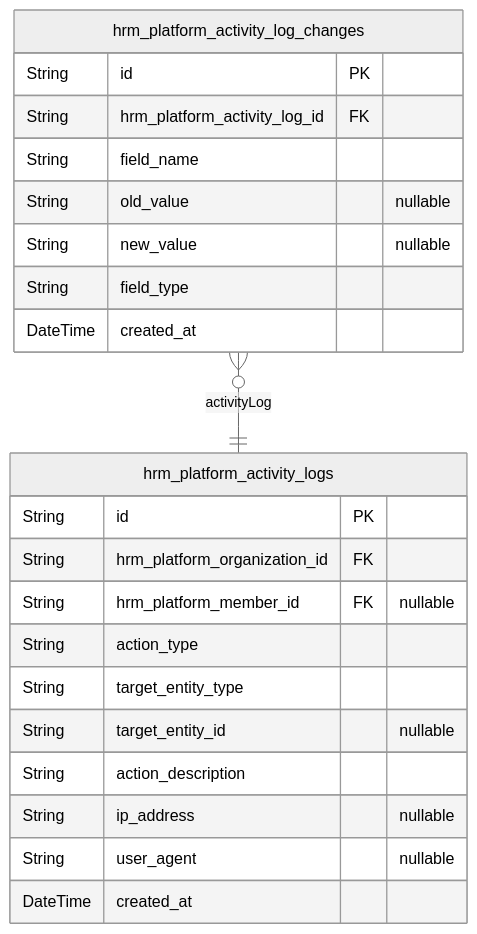
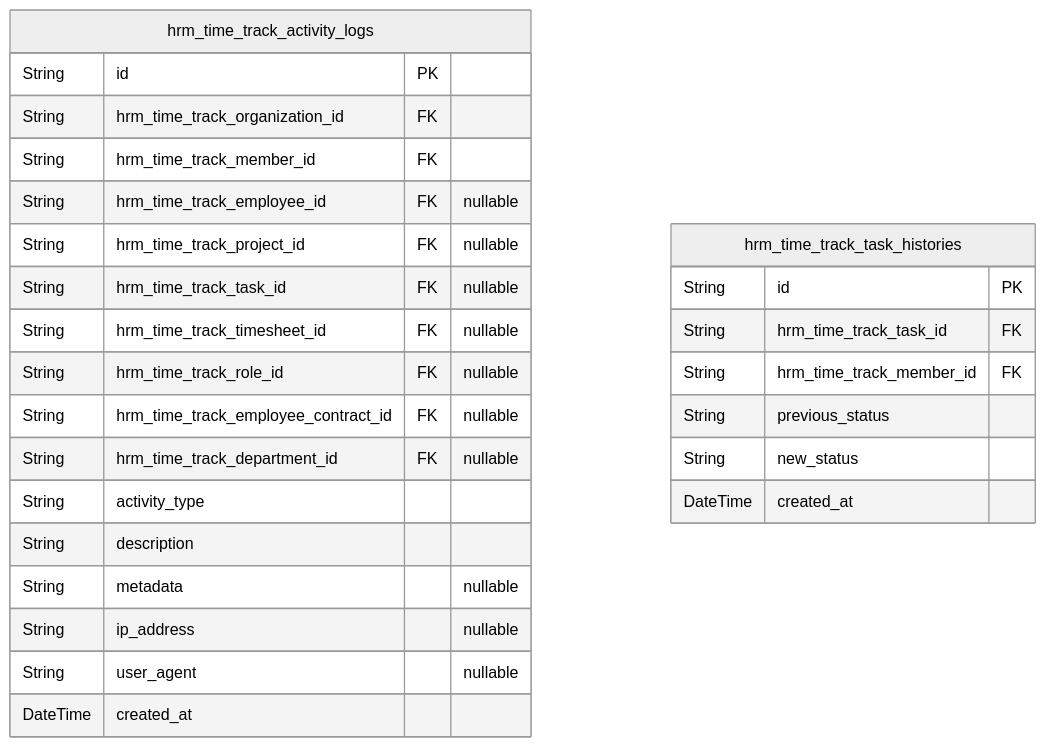
One commit to wrtnlabs/autobe-examples changed the fifth of 5 diagrams in qwen/qwen3.5-27b/erp/docs/ERD.md. Above: the diagram before and after it, drawn with Mermaid (neutral theme). The commit also changed other lines of this file and 32093 other files, not shown here.

````diff
--- a/qwen/qwen3.5-27b/erp/docs/ERD.md
+++ b/qwen/qwen3.5-27b/erp/docs/ERD.md
@@ -1797,25 +1786,29 @@
 ```mermaid
 erDiagram
-"hrm_platform_activity_logs" {
+"hrm_time_track_activity_logs" {
   String id PK
-  String hrm_platform_organization_id FK
-  String hrm_platform_member_id FK "nullable"
-  String action_type
-  String target_entity_type
-  String target_entity_id "nullable"
-  String action_description
+  String hrm_time_track_organization_id FK
+  String hrm_time_track_member_id FK
+  String hrm_time_track_employee_id FK "nullable"
+  String hrm_time_track_project_id FK "nullable"
+  String hrm_time_track_task_id FK "nullable"
+  String hrm_time_track_timesheet_id FK "nullable"
+  String hrm_time_track_role_id FK "nullable"
+  String hrm_time_track_employee_contract_id FK "nullable"
+  String hrm_time_track_department_id FK "nullable"
+  String activity_type
+  String description
+  String metadata "nullable"
   String ip_address "nullable"
   String user_agent "nullable"
   DateTime created_at
 }
-"hrm_platform_activity_log_changes" {
+"hrm_time_track_task_histories" {
   String id PK
-  String hrm_platform_activity_log_id FK
-  String field_name
-  String old_value "nullable"
-  String new_value "nullable"
-  String field_type
+  String hrm_time_track_task_id FK
+  String hrm_time_track_member_id FK
+  String previous_status
+  String new_status
   DateTime created_at
 }
-"hrm_platform_activity_log_changes" }o--|| "hrm_platform_activity_logs" : activityLog
 ```
````
